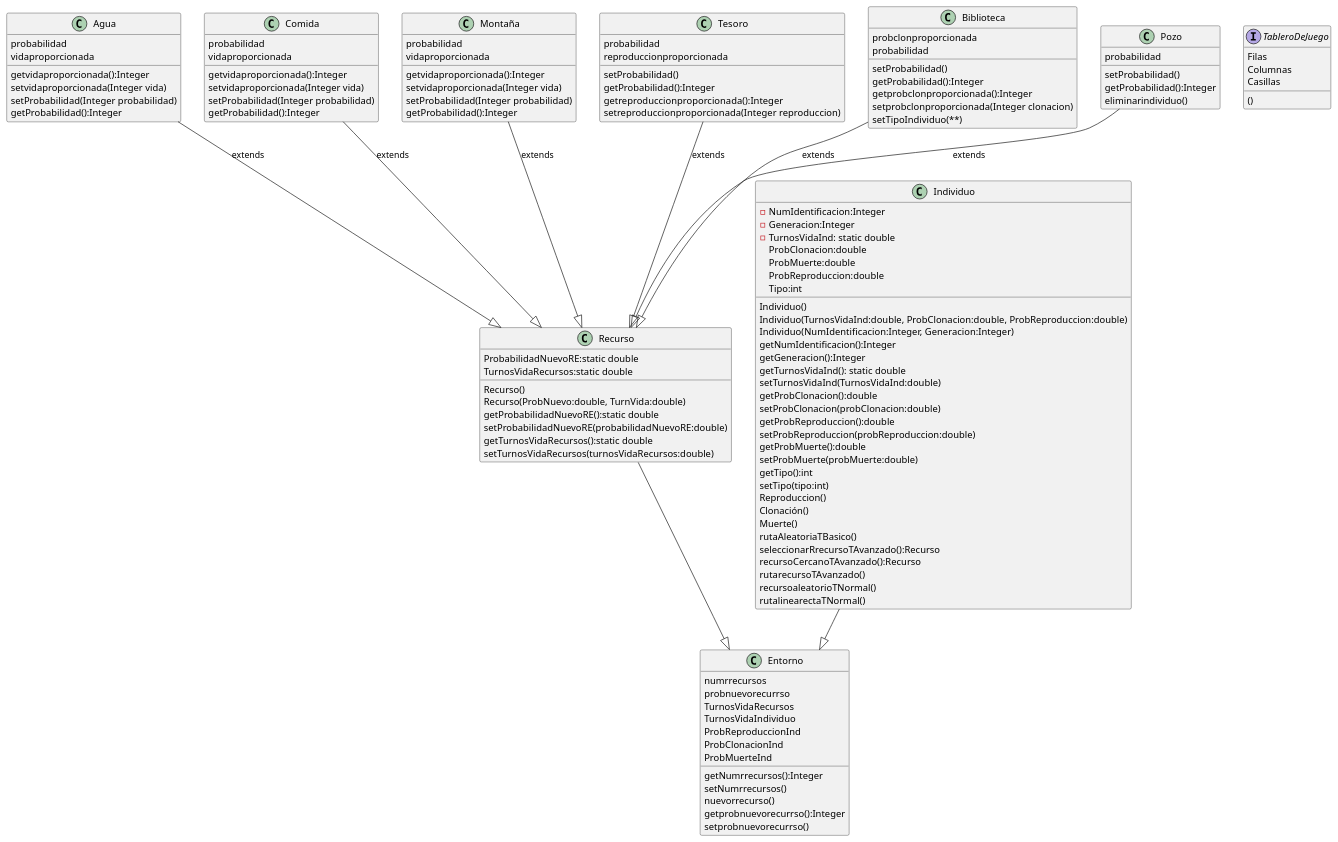
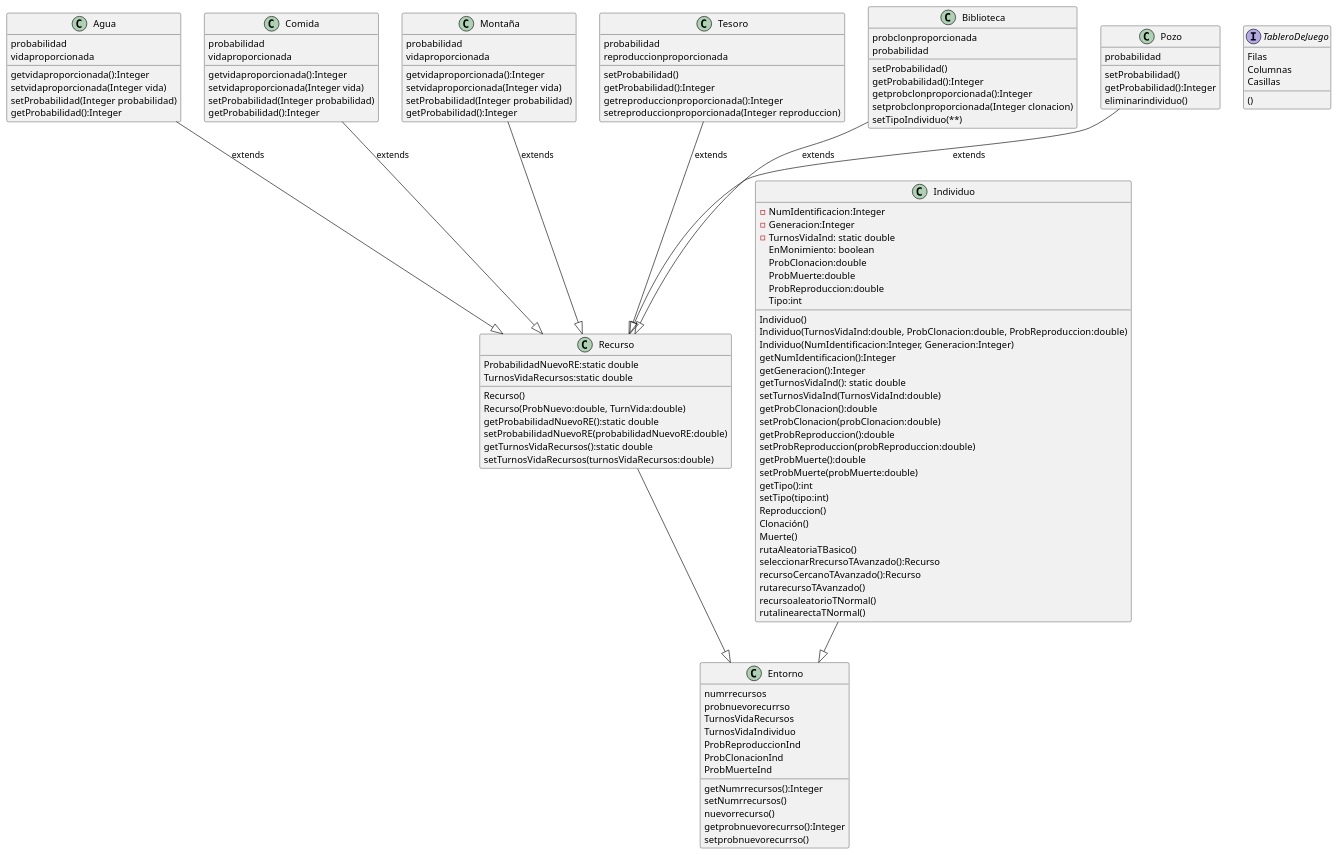
One commit to martavalientemaldonado/JuegoVida changed the diagram in src/UML trabajo.puml. Above: the diagram before and after it, drawn with PlantUML. The commit also changed 2 other files, not shown here.

```diff
--- a/src/UML trabajo.puml
+++ b/src/UML trabajo.puml
@@ -1,127 +1,128 @@
 @startuml
 'https://plantuml.com/class-diagram
 
 Agua --|> Recurso:extends
 Comida --|> Recurso:extends
 Montaña --|> Recurso:extends
 Tesoro --|> Recurso:extends
 Biblioteca --|> Recurso:extends
 Pozo --|> Recurso:extends
 Individuo --|> Entorno
 Recurso --|> Entorno
 
 class Individuo{
 -NumIdentificacion:Integer
 -Generacion:Integer
 -TurnosVidaInd: static double
+EnMonimiento: boolean
 ProbClonacion:double
 ProbMuerte:double
 ProbReproduccion:double
 Tipo:int
 Individuo()
 Individuo(TurnosVidaInd:double, ProbClonacion:double, ProbReproduccion:double)
 Individuo(NumIdentificacion:Integer, Generacion:Integer)
 getNumIdentificacion():Integer
 getGeneracion():Integer
 getTurnosVidaInd(): static double
 setTurnosVidaInd(TurnosVidaInd:double)
 getProbClonacion():double
 setProbClonacion(probClonacion:double)
 getProbReproduccion():double
 setProbReproduccion(probReproduccion:double)
 getProbMuerte():double
 setProbMuerte(probMuerte:double)
 getTipo():int
 setTipo(tipo:int)
 Reproduccion()
 Clonación()
 Muerte()
 rutaAleatoriaTBasico()
 seleccionarRrecursoTAvanzado():Recurso
 recursoCercanoTAvanzado():Recurso
 rutarecursoTAvanzado()
 recursoaleatorioTNormal()
 rutalinearectaTNormal()
 }
 
 
 interface TableroDeJuego {
 Filas
 Columnas
 Casillas
 ()
 }
 class Entorno{
 numrrecursos
 probnuevorecurrso
 TurnosVidaRecursos
 TurnosVidaIndividuo
 ProbReproduccionInd
 ProbClonacionInd
 ProbMuerteInd
 getNumrrecursos():Integer
 setNumrrecursos()
 nuevorrecurso()
 getprobnuevorecurrso():Integer
 setprobnuevorecurrso()
 }
 class Recurso{
 ProbabilidadNuevoRE:static double
 TurnosVidaRecursos:static double
 Recurso()
 Recurso(ProbNuevo:double, TurnVida:double)
 getProbabilidadNuevoRE():static double
 setProbabilidadNuevoRE(probabilidadNuevoRE:double)
 getTurnosVidaRecursos():static double
 setTurnosVidaRecursos(turnosVidaRecursos:double)
 }
 
 
 class Agua {
 probabilidad
 vidaproporcionada
 getvidaproporcionada():Integer
 setvidaproporcionada(Integer vida)
 setProbabilidad(Integer probabilidad)
 getProbabilidad():Integer
 }
 class Comida {
 probabilidad
 vidaproporcionada
 getvidaproporcionada():Integer
 setvidaproporcionada(Integer vida)
 setProbabilidad(Integer probabilidad)
 getProbabilidad():Integer
 }
 class Montaña {
 probabilidad
 vidaproporcionada
 getvidaproporcionada():Integer
 setvidaproporcionada(Integer vida)
 setProbabilidad(Integer probabilidad)
 getProbabilidad():Integer
 }
 class Tesoro {
 probabilidad
 reproduccionproporcionada
 setProbabilidad()
 getProbabilidad():Integer
 getreproduccionproporcionada():Integer
 setreproduccionproporcionada(Integer reproduccion)
 }
 class Biblioteca {
 probclonproporcionada
 probabilidad
 setProbabilidad()
 getProbabilidad():Integer
 getprobclonproporcionada():Integer
 setprobclonproporcionada(Integer clonacion)
 setTipoIndividuo(**)
 }
 class Pozo {
 probabilidad
 setProbabilidad()
 getProbabilidad():Integer
 eliminarindividuo()
 }
 @enduml
```
